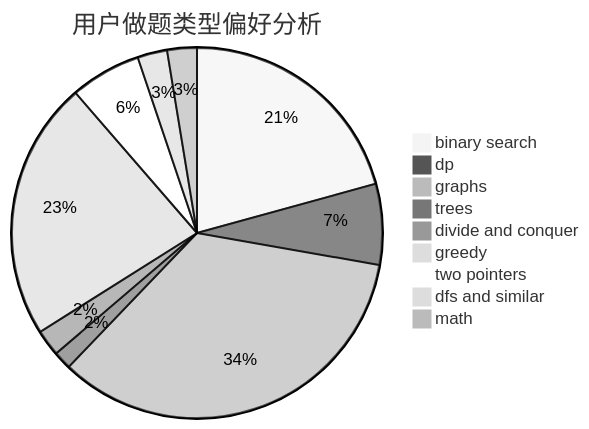
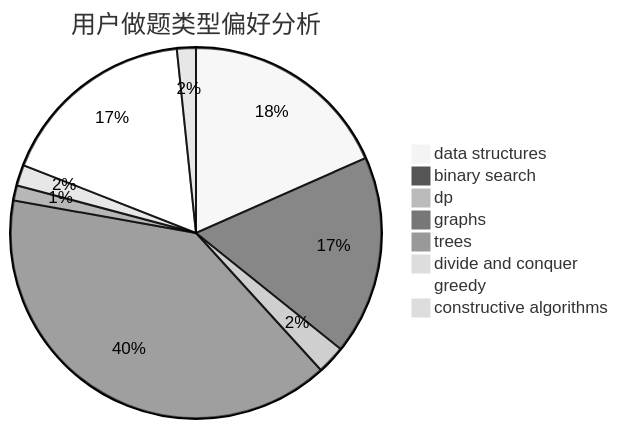
Before and after one commit to sherpahu/cfrs.github.io: the second of 3 diagrams in docs/user/u1993.md, drawn with Mermaid (neutral theme). The commit also changed other lines of this file and 2775 other files, not shown here.

````diff
--- a/docs/user/u1993.md
+++ b/docs/user/u1993.md
@@ -23,12 +23,11 @@
 ```mermaid
 pie title 用户做题类型偏好分析
-    "binary search" :  144
-    "dp" :  49
+    "data structures" :  111
+    "binary search" :  105
+    "dp" :  15
     "graphs" :  239
-    "trees" :  11
-    "divide and conquer" :  16
-    "greedy" :  157
-    "two pointers" :  43
-    "dfs and similar" :  18
-    "math" :  18
+    "trees" :  8
+    "divide and conquer" :  11
+    "greedy" :  105
+    "constructive algorithms" :  10
 ```
````
